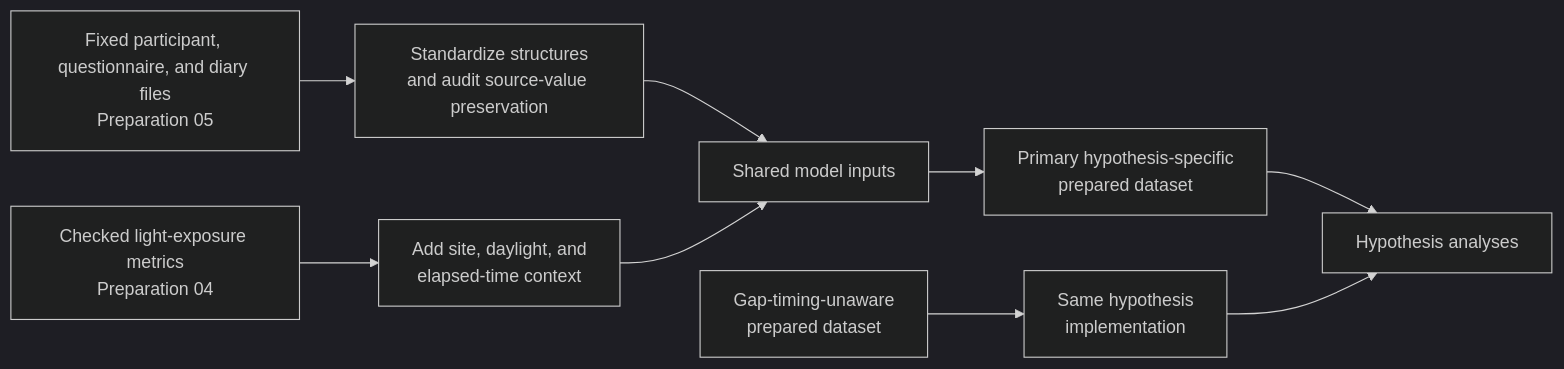
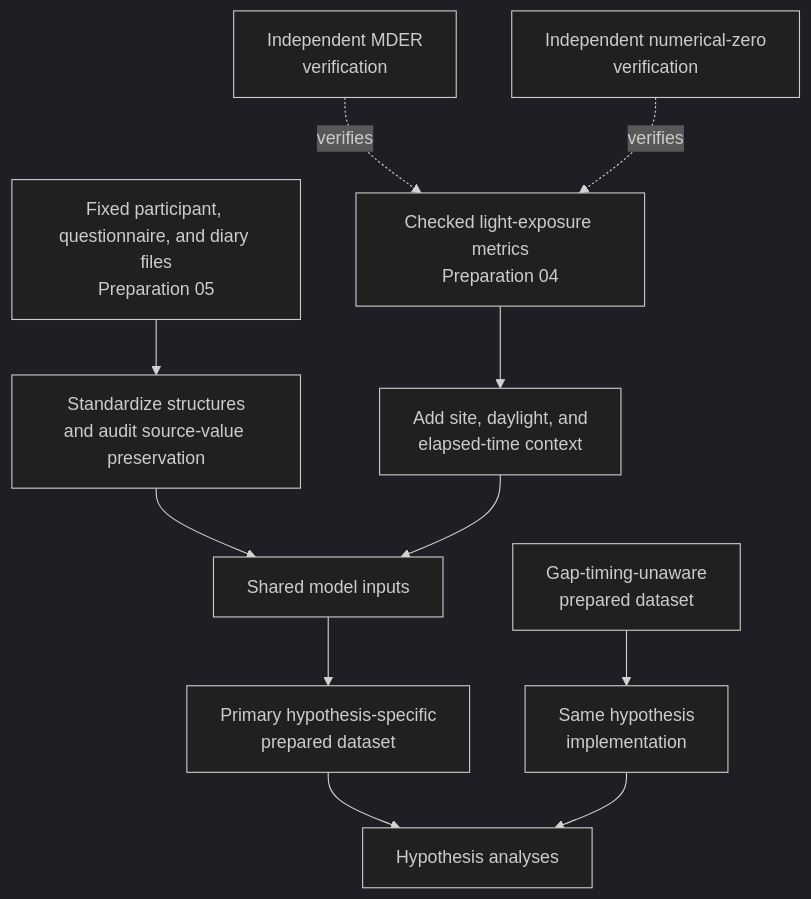
One commit to tscnlab/ZaunerEtAl_bioRxiv_2026 changed the diagram in notebooks/preparation/06_model_ready_datasets.qmd. Above: the diagram before and after it, drawn with Mermaid (dark theme). The commit also changed other lines of this file and 21122 other files, not shown here.

````diff
--- a/notebooks/preparation/06_model_ready_datasets.qmd
+++ b/notebooks/preparation/06_model_ready_datasets.qmd
@@ -754,14 +1572,16 @@
 ```{mermaid}
 %%| label: fig-preparation06-chain
 %%| fig-cap: "Position of Preparation 06 in the data-to-analysis chain. Solid arrows show stored data passed forward; rendering reads these outputs but does not recreate them."
 %%| fig-alt: "Flow diagram from fixed participant files and checked light-exposure metrics, through standardized participant inputs, site and elapsed-time context, shared model inputs, and hypothesis-specific prepared datasets, to hypothesis analyses. A separate branch carries the gap-timing-unaware dataset through the same hypothesis implementation."
-flowchart LR
+flowchart TB
   A["Fixed participant, questionnaire, and diary files<br/>Preparation 05"] --> C["Standardize structures<br/>and audit source-value preservation"]
-  B["Checked light-exposure metrics<br/>Preparation 04"] --> D["Add site, daylight, and<br/>elapsed-time context"]
+  V["Independent MDER<br/>verification"] -. verifies .-> B["Checked light-exposure metrics<br/>Preparation 04"]
+  N["Independent numerical-zero<br/>verification"] -. verifies .-> B
+  B --> D["Add site, daylight, and<br/>elapsed-time context"]
   C --> E["Shared model inputs"]
   D --> E
   E --> F["Primary hypothesis-specific<br/>prepared dataset"]
   G["Gap-timing-unaware<br/>prepared dataset"] --> H["Same hypothesis<br/>implementation"]
   F --> I["Hypothesis analyses"]
   H --> I
 ```
````
